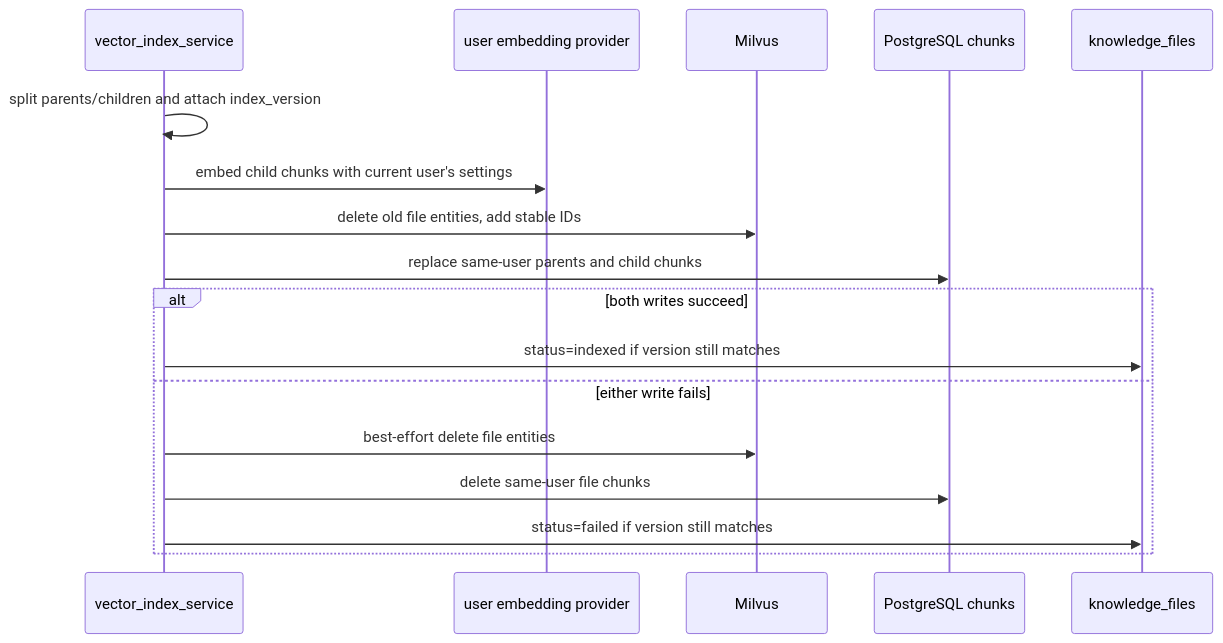
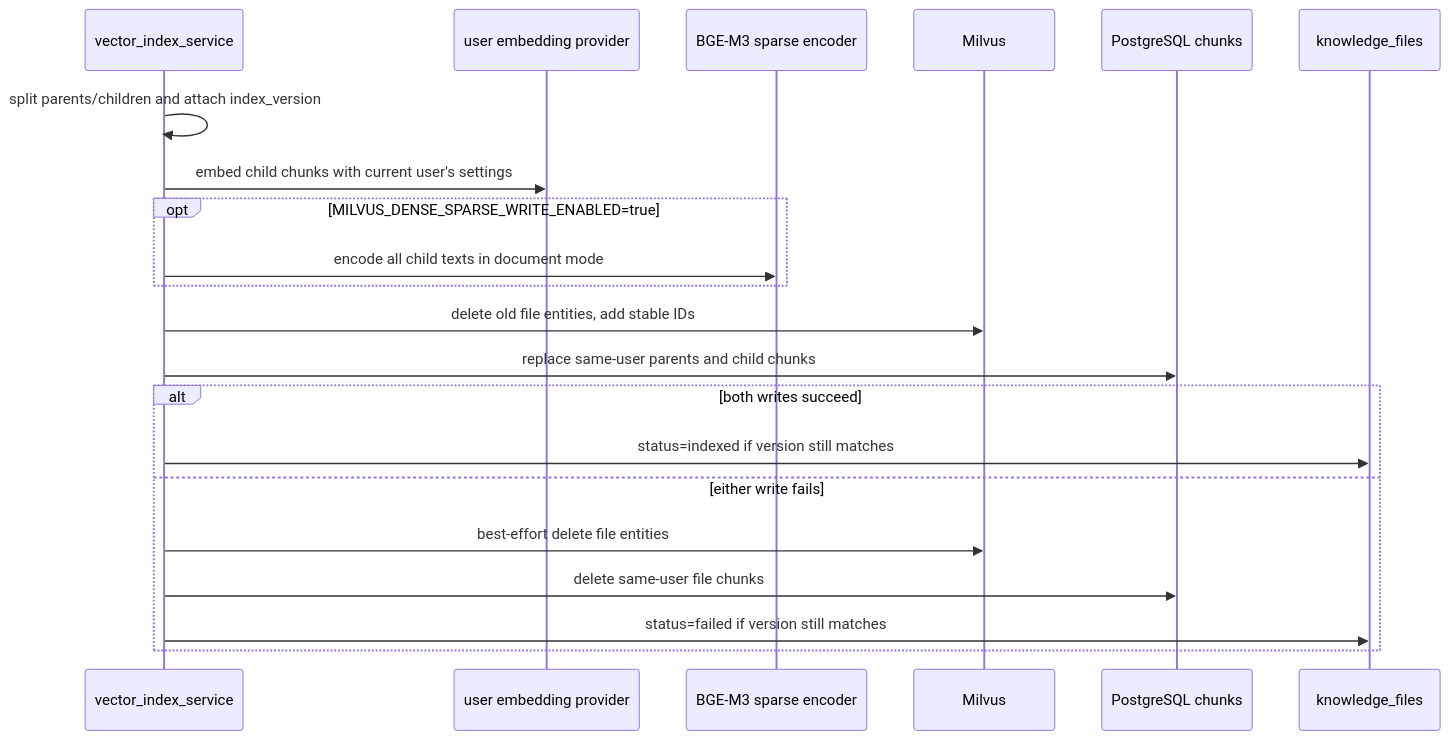
Before and after one commit to Looball/firstRag: the sixth of 6 diagrams in docs/tutorials/FILE_INGESTION_AND_INDEXING.md, drawn with Mermaid. The commit also changed other lines of this file and 20 other files, not shown here.

Commit message:
feat: add Milvus dense sparse write schema

````diff
--- a/docs/tutorials/FILE_INGESTION_AND_INDEXING.md
+++ b/docs/tutorials/FILE_INGESTION_AND_INDEXING.md
@@ -463,20 +463,24 @@
 ```mermaid
 sequenceDiagram
     participant Indexer as vector_index_service
     participant Embed as user embedding provider
+    participant Sparse as BGE-M3 sparse encoder
     participant Vector as Milvus
     participant PG as PostgreSQL chunks
     participant File as knowledge_files
 
     Indexer->>Indexer: split parents/children and attach index_version
     Indexer->>Embed: embed child chunks with current user's settings
+    opt MILVUS_DENSE_SPARSE_WRITE_ENABLED=true
+        Indexer->>Sparse: encode all child texts in document mode
+    end
     Indexer->>Vector: delete old file entities, add stable IDs
     Indexer->>PG: replace same-user parents and child chunks
     alt both writes succeed
         Indexer->>File: status=indexed if version still matches
     else either write fails
         Indexer->>Vector: best-effort delete file entities
         Indexer->>PG: delete same-user file chunks
         Indexer->>File: status=failed if version still matches
     end
 ```
````
